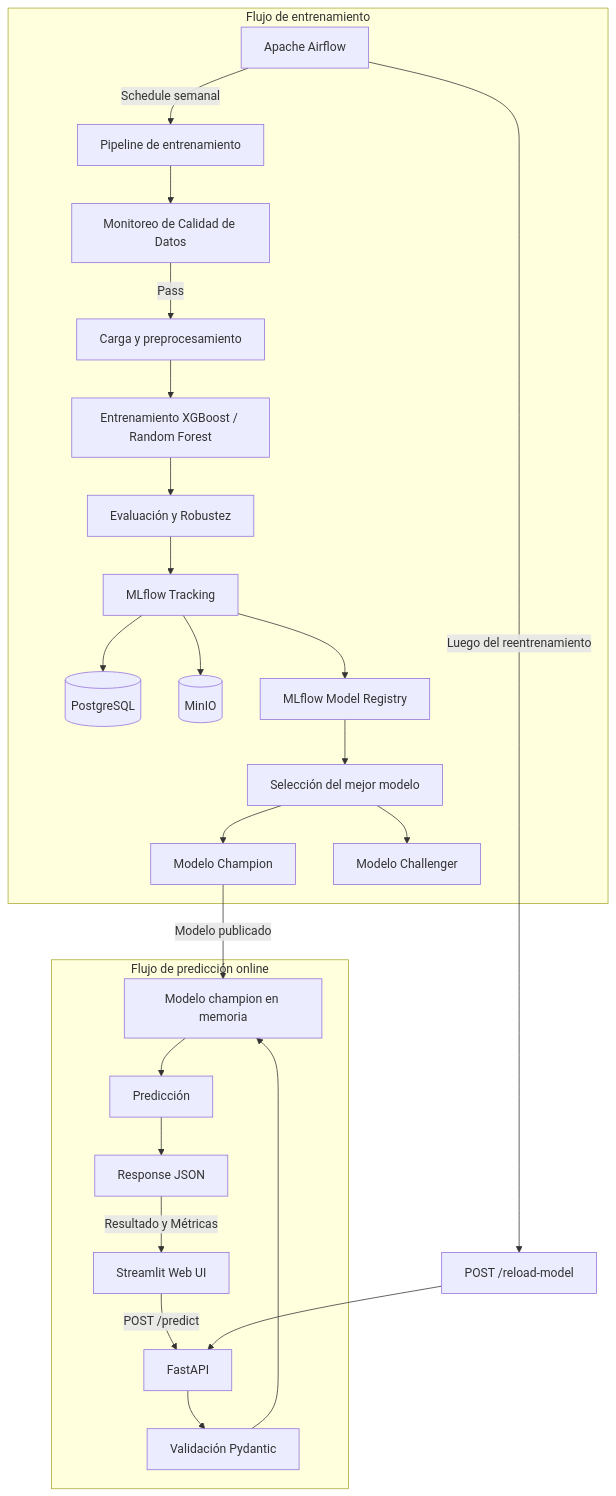
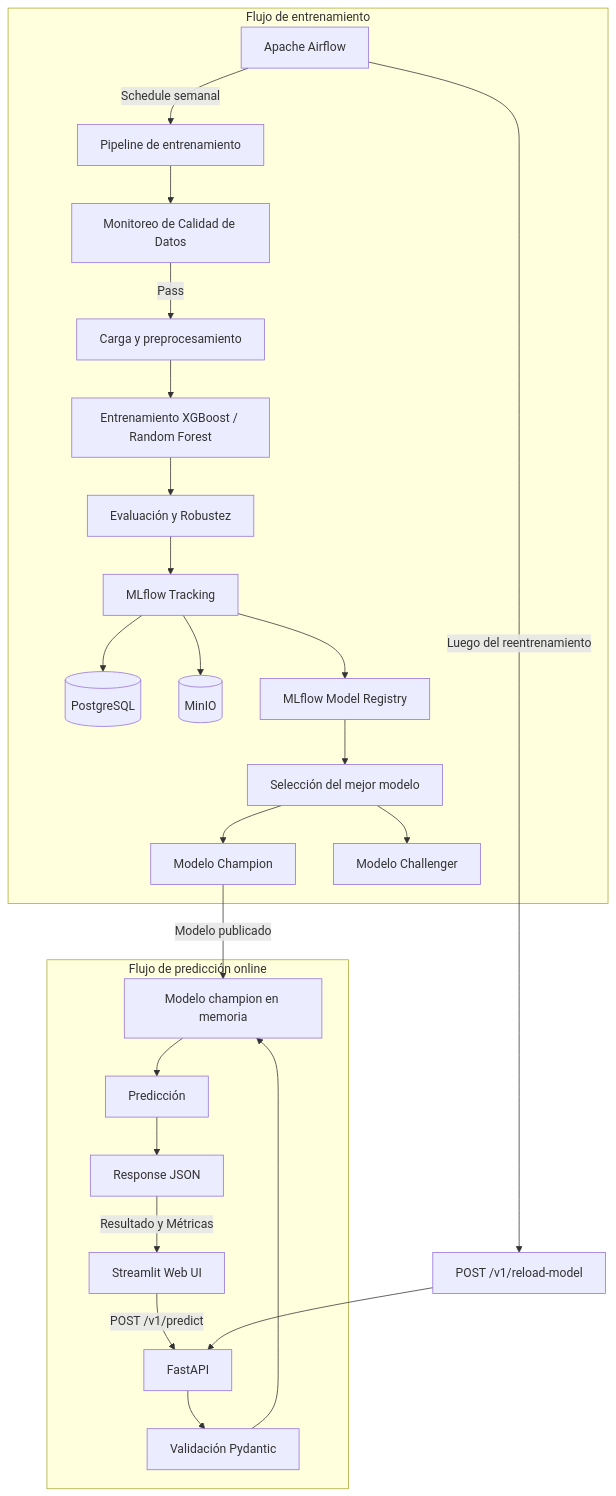
The diagram in README.md (bdellacasa1/TP_MLOPs2), drawn with Mermaid before and after one commit. The commit also changed other lines of this file and 8 other files, not shown here.

````diff
--- a/README.md
+++ b/README.md
@@ -66,52 +66,52 @@
 ```mermaid
 flowchart TD
 
     subgraph TRAINING["Flujo de entrenamiento"]
         A["Apache Airflow"]
         B["Pipeline de entrenamiento"]
         C0["Monitoreo de Calidad de Datos"]
         C["Carga y preprocesamiento"]
         D["Entrenamiento XGBoost / Random Forest"]
         E["Evaluación y Robustez"]
         F["MLflow Tracking"]
         G[(PostgreSQL)]
         H[(MinIO)]
         I["MLflow Model Registry"]
         J["Selección del mejor modelo"]
         K["Modelo Champion"]
         L["Modelo Challenger"]
 
         A -->|Schedule semanal| B
         B --> C0
         C0 -->|Pass| C
         C --> D
         D --> E
         E --> F
         F --> G
         F --> H
         F --> I
         I --> J
         J --> K
         J --> L
     end
 
     subgraph SERVING["Flujo de predicción online"]
         M["Streamlit Web UI"]
         N["FastAPI"]
         O["Validación Pydantic"]
         P["Modelo champion en memoria"]
         Q["Predicción"]
         S["Response JSON"]
 
-        M -->|POST /predict| N
+        M -->|POST /v1/predict| N
         N --> O
         O --> P
         P --> Q
         Q --> S
         S -->|Resultado y Métricas| M
     end
 
     K -->|Modelo publicado| P
-    A -->|Luego del reentrenamiento| R["POST /reload-model"]
+    A -->|Luego del reentrenamiento| R["POST /v1/reload-model"]
     R --> N
 ```
````
